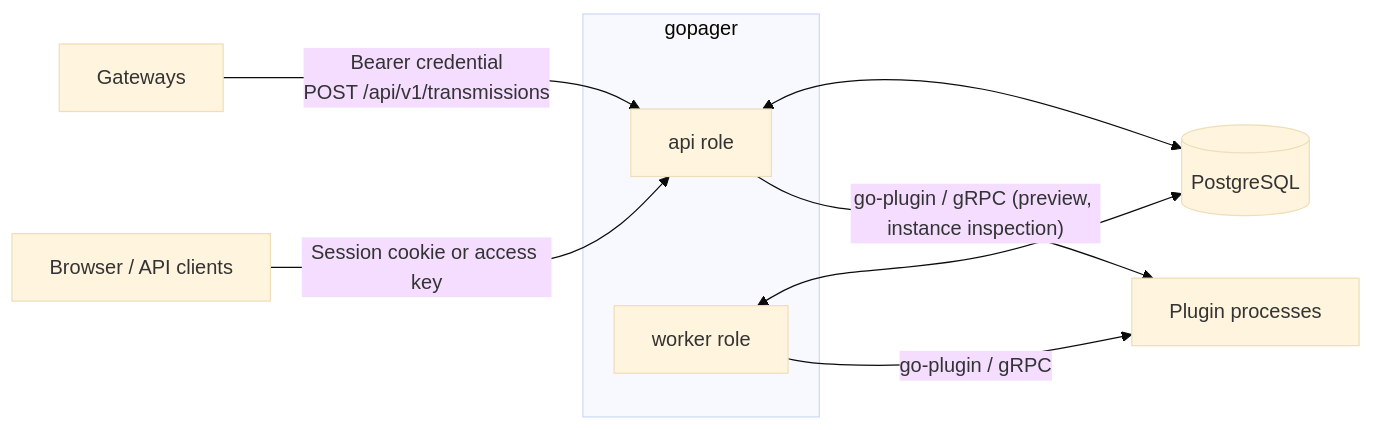
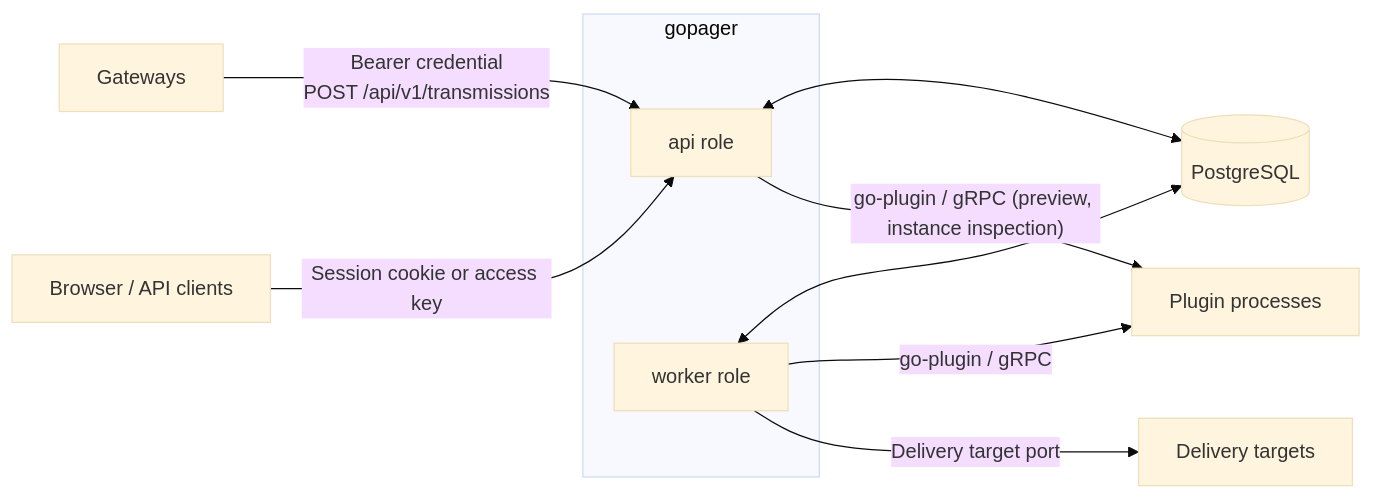
Before and after one commit to gopager/gopager: the first of 7 diagrams in docs/architecture.md, drawn with Mermaid (base theme). The commit also changed other lines of this file and 92 other files, not shown here.

````diff
--- a/docs/architecture.md
+++ b/docs/architecture.md
@@ -17,13 +17,14 @@
 ```mermaid
 flowchart LR
     GW[Gateways] -- "Bearer credential<br/>POST /api/v1/transmissions" --> API
     Browser[Browser / API clients] -- "Session cookie or access key" --> API
     subgraph gopager
         API[api role]
         Worker[worker role]
     end
     API <--> PG[(PostgreSQL)]
     Worker <--> PG
     Worker -- "go-plugin / gRPC" --> Plugins[Plugin processes]
+    Worker -- "Delivery target port" --> Targets[Delivery targets]
     API -- "go-plugin / gRPC (preview, instance inspection)" --> Plugins
 ```
````
